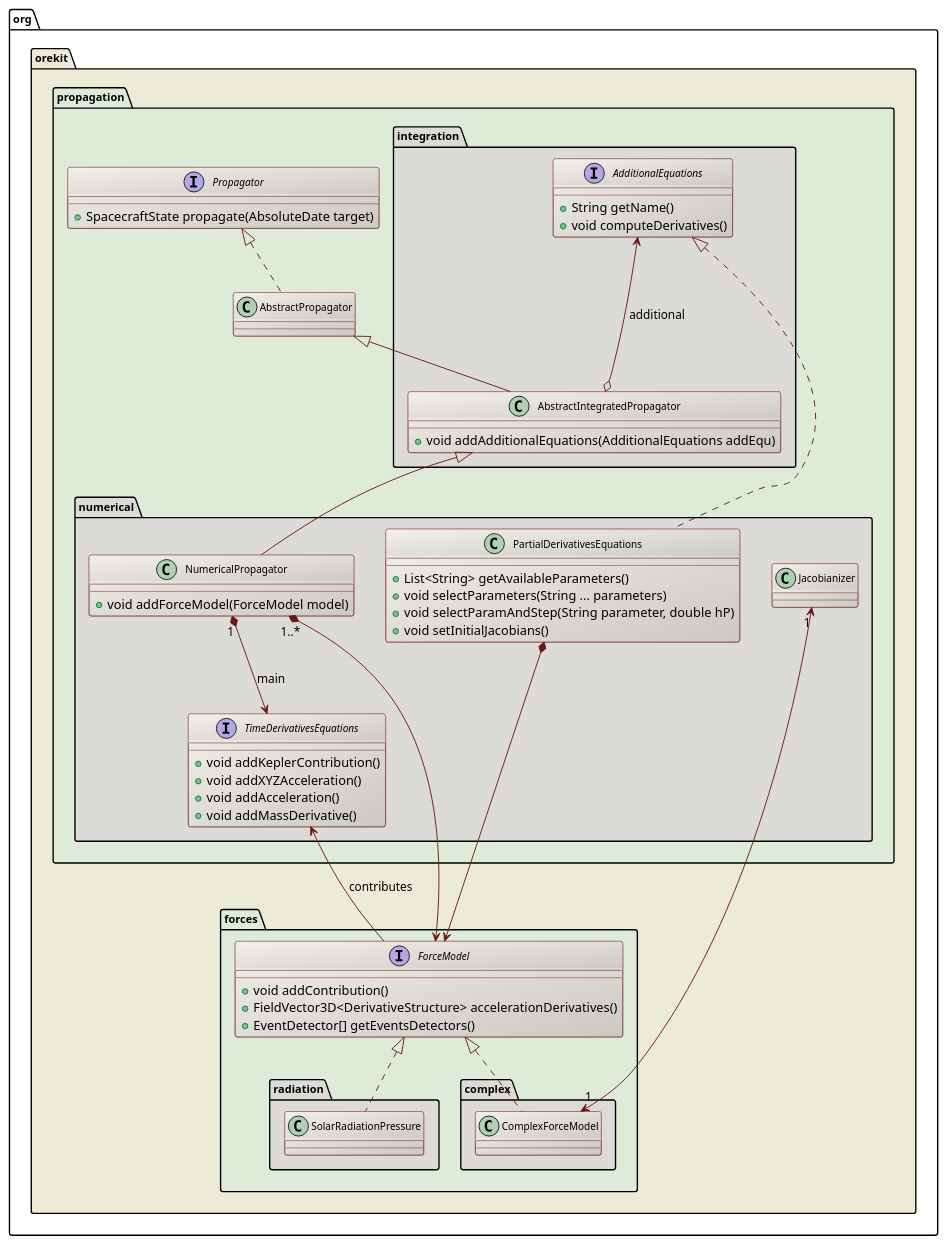
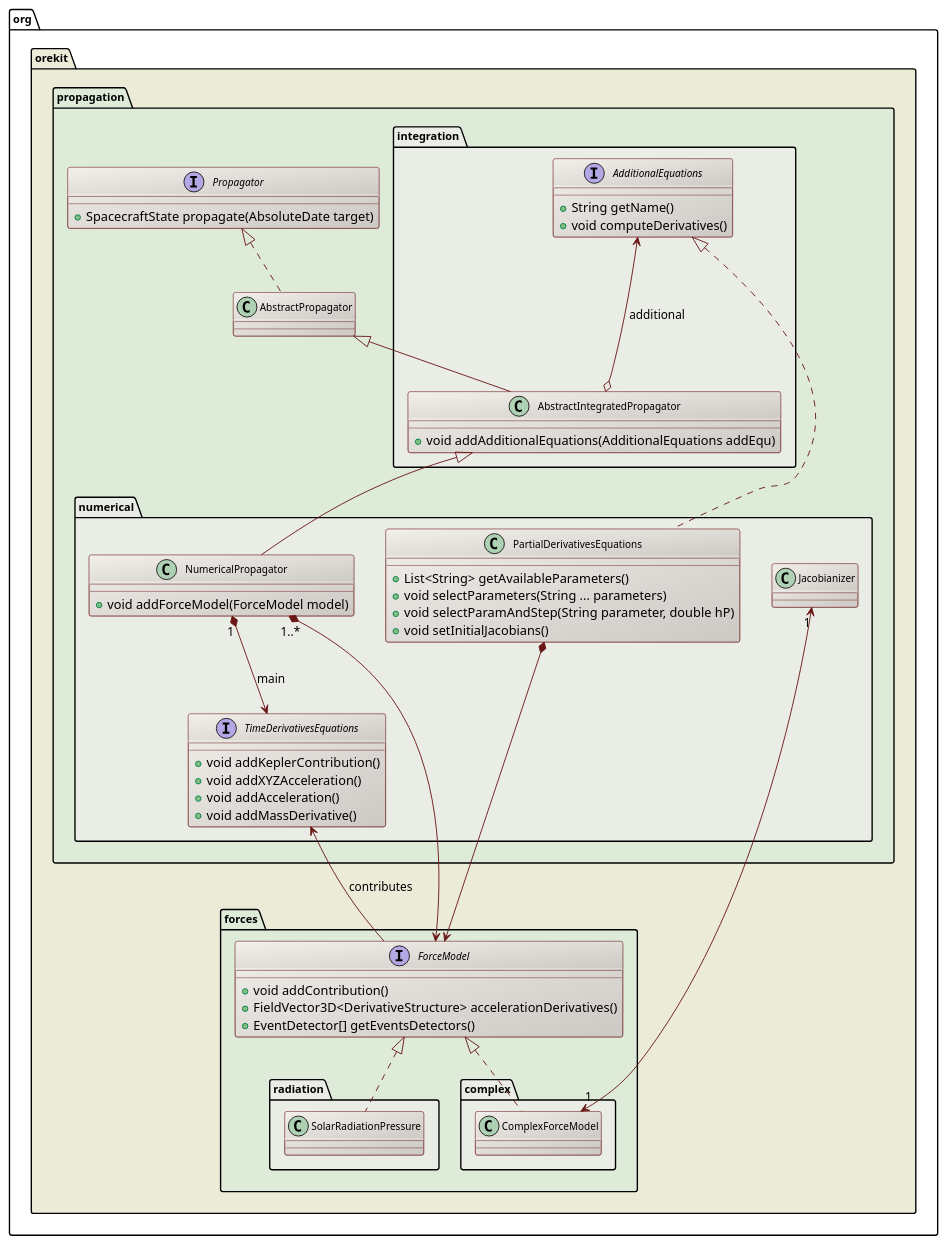
Before and after one commit to CS-SI/Orekit: the diagram in src/design/partial-derivatives-class-diagram.puml, drawn with PlantUML. The commit also changed 6 other files, not shown here.

Commit message:
Fixed wrong design diagram.

```diff
--- a/src/design/partial-derivatives-class-diagram.puml
+++ b/src/design/partial-derivatives-class-diagram.puml
@@ -17,89 +17,89 @@
 @startuml
 
   skinparam svek                  true
   skinparam ClassBackgroundColor  #F3EFEB/CCC9C5
   skinparam ClassArrowColor       #691616
   skinparam ClassBorderColor      #691616
   skinparam NoteBackgroundColor   #F3EFEB
   skinparam NoteBorderColor       #691616
   skinparam NoteFontColor         #691616
   skinparam ClassFontSize         11
   skinparam PackageFontSize       12
 
   package org.orekit #ECEBD8 {
 
     package forces #DDEBD8 {
 
       interface ForceModel {
         +void addContribution()
         +FieldVector3D<DerivativeStructure> accelerationDerivatives()
         +EventDetector[] getEventsDetectors()
       }
 
-      package complex #DDDBD8 {
+      package complex #EAECE6 {
         class ComplexForceModel
         ForceModel <|.. ComplexForceModel
       }
 
-      package radiation #DDDBD8 {
+      package radiation #EAECE6 {
         class SolarRadiationPressure
         ForceModel <|.. SolarRadiationPressure
       }
 
     }
  
     package propagation #DDEBD8 {
 
       interface Propagator {
         + SpacecraftState propagate(AbsoluteDate target)
       }
 
       Propagator <|.. AbstractPropagator
 
-      package integration #DDDBD8 {
+      package integration #EAECE6 {
         interface AdditionalEquations {
           +String getName()
           +void computeDerivatives()
         }
         class  AbstractIntegratedPropagator {
          +void addAdditionalEquations(AdditionalEquations addEqu)
         }
         AbstractPropagator <|-- AbstractIntegratedPropagator
         AdditionalEquations <---o AbstractIntegratedPropagator : additional
       }
 
-      package numerical #DDDBD8 {
+      package numerical #EAECE6 {
 
         interface TimeDerivativesEquations {
           +void addKeplerContribution()
           +void addXYZAcceleration()
           +void addAcceleration()
           +void addMassDerivative()
         }
 
        class NumericalPropagator {
          +void addForceModel(ForceModel model)
        }
 
         class PartialDerivativesEquations {
           +List<String> getAvailableParameters()
           +void selectParameters(String ... parameters)
           +void selectParamAndStep(String parameter, double hP)
           +void setInitialJacobians()
        }
 
        TimeDerivativesEquations    <--      ForceModel : contributes
        AdditionalEquations         <|..     PartialDerivativesEquations
        PartialDerivativesEquations *-->     ForceModel
        AbstractIntegratedPropagator  <|--     NumericalPropagator
        NumericalPropagator         "1..*" *--> ForceModel
        NumericalPropagator         "1" *--> TimeDerivativesEquations : main
 
        Jacobianizer                  "1" <-->  "1" ComplexForceModel
 
       }
     }
 
   }
 
 @enduml
```
